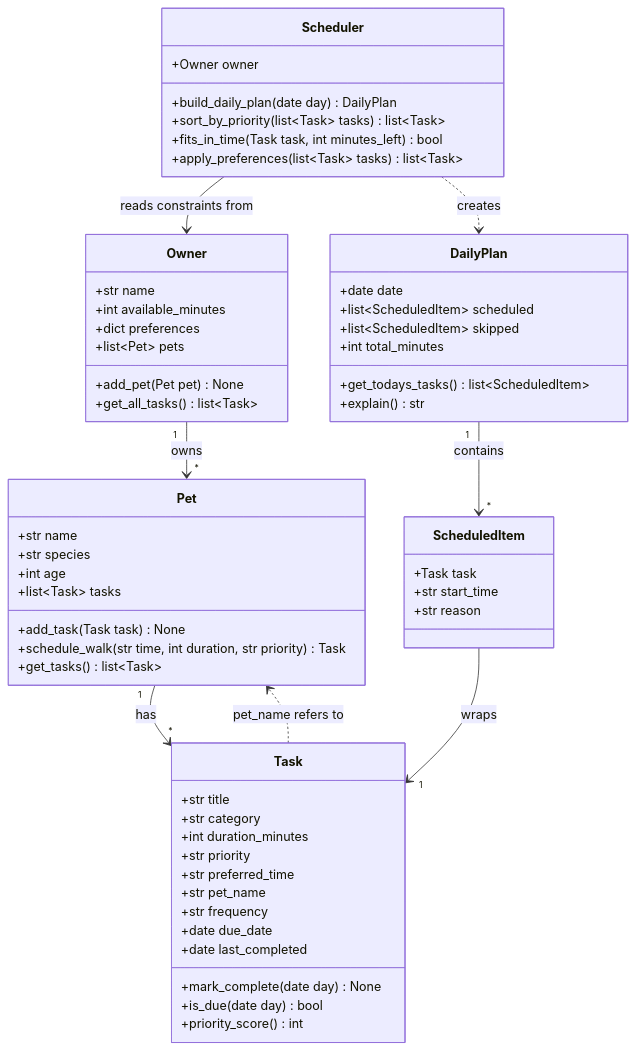
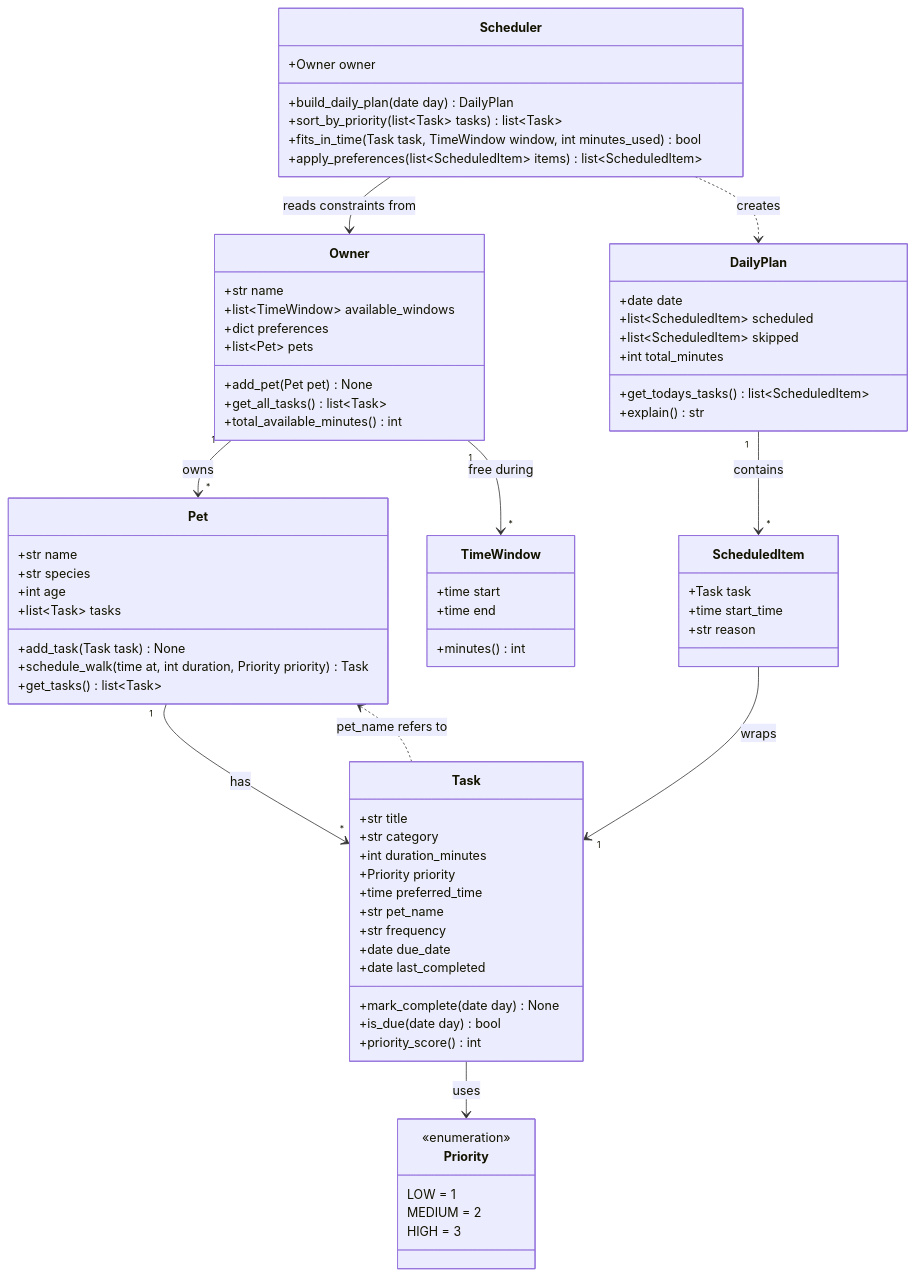
Before and after one commit to BronsonChow/ai110-module2show-pawpal-starter: the diagram in diagrams/uml.mmd, drawn with Mermaid. The commit also changed 3 other files, not shown here.

Commit message:
P1S5 updated uml logic bottlenecks

```diff
--- a/diagrams/uml.mmd
+++ b/diagrams/uml.mmd
@@ -1,69 +1,85 @@
 classDiagram
-    %% PawPal+ initial design
+    %% PawPal+ design
     %% Core actions: add a pet (Owner), schedule a walk / any task (Pet + Task),
     %% see today's tasks (Scheduler -> DailyPlan)
 
+    class Priority {
+        <<enumeration>>
+        LOW = 1
+        MEDIUM = 2
+        HIGH = 3
+    }
+
+    class TimeWindow {
+        +time start
+        +time end
+        +minutes() int
+    }
+
     class Owner {
         +str name
-        +int available_minutes
+        +list~TimeWindow~ available_windows
         +dict preferences
         +list~Pet~ pets
         +add_pet(Pet pet) None
         +get_all_tasks() list~Task~
+        +total_available_minutes() int
     }
 
     class Pet {
         +str name
         +str species
         +int age
         +list~Task~ tasks
         +add_task(Task task) None
-        +schedule_walk(str time, int duration, str priority) Task
+        +schedule_walk(time at, int duration, Priority priority) Task
         +get_tasks() list~Task~
     }
 
     class Task {
         +str title
         +str category
         +int duration_minutes
-        +str priority
-        +str preferred_time
+        +Priority priority
+        +time preferred_time
         +str pet_name
         +str frequency
         +date due_date
         +date last_completed
         +mark_complete(date day) None
         +is_due(date day) bool
         +priority_score() int
     }
 
     class Scheduler {
         +Owner owner
         +build_daily_plan(date day) DailyPlan
         +sort_by_priority(list~Task~ tasks) list~Task~
-        +fits_in_time(Task task, int minutes_left) bool
-        +apply_preferences(list~Task~ tasks) list~Task~
+        +fits_in_time(Task task, TimeWindow window, int minutes_used) bool
+        +apply_preferences(list~ScheduledItem~ items) list~ScheduledItem~
     }
 
     class ScheduledItem {
         +Task task
-        +str start_time
+        +time start_time
         +str reason
     }
 
     class DailyPlan {
         +date date
         +list~ScheduledItem~ scheduled
         +list~ScheduledItem~ skipped
         +int total_minutes
         +get_todays_tasks() list~ScheduledItem~
         +explain() str
     }
 
     Owner "1" --> "*" Pet : owns
+    Owner "1" --> "*" TimeWindow : free during
     Pet "1" --> "*" Task : has
+    Task --> Priority : uses
+    Task ..> Pet : pet_name refers to
     Scheduler --> Owner : reads constraints from
     Scheduler ..> DailyPlan : creates
     DailyPlan "1" --> "*" ScheduledItem : contains
     ScheduledItem --> "1" Task : wraps
-    Task ..> Pet : pet_name refers to
```
